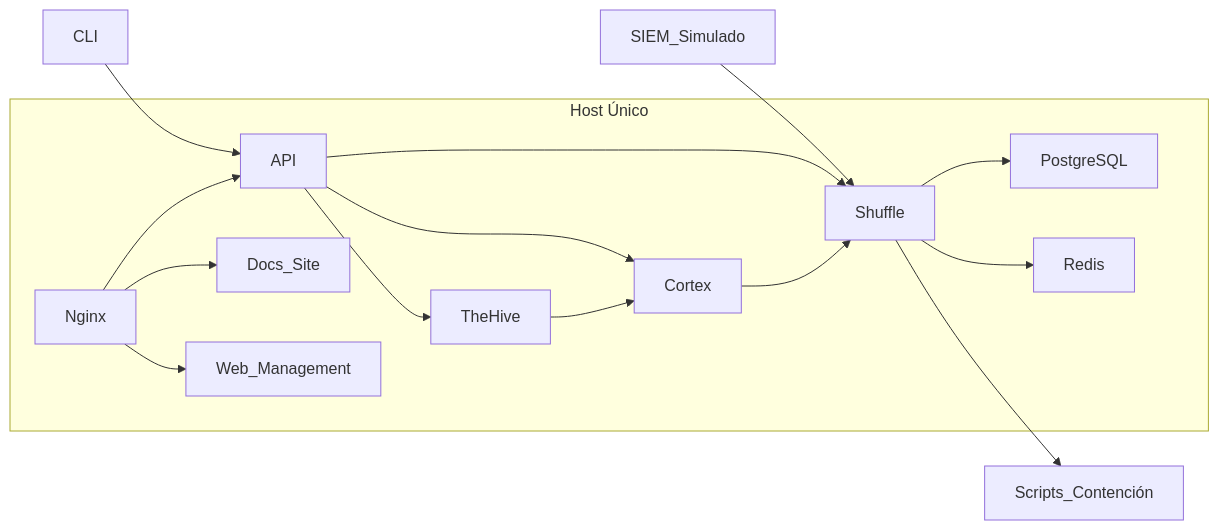
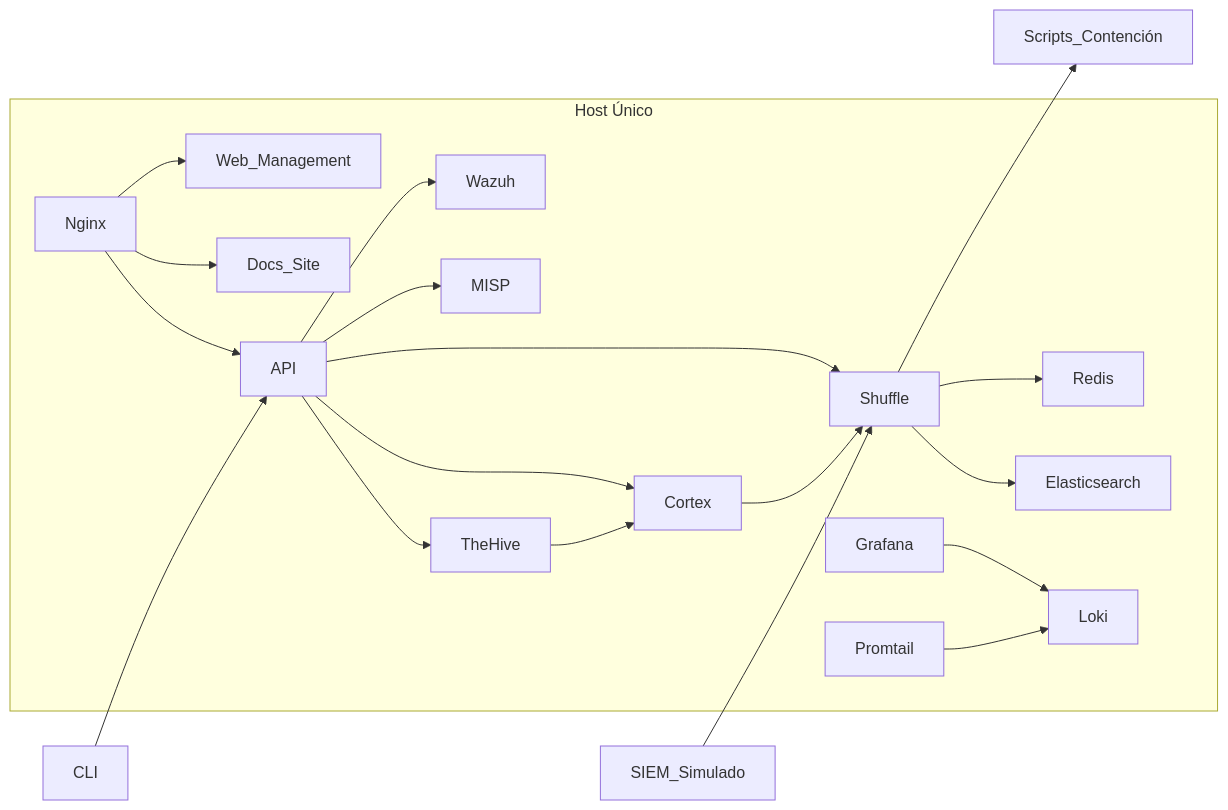
The second of 2 diagrams in docs/project/scope.md (alesanfe/soar-ransomware-lab), drawn with Mermaid before and after one commit. The commit also changed other lines of this file and 700 other files, not shown here.

````diff
--- a/docs/project/scope.md
+++ b/docs/project/scope.md
@@ -211,18 +219,22 @@
 ```mermaid
 graph LR
  subgraph Host Único
  TheHive --> Cortex
  Cortex --> Shuffle
- Shuffle --> PostgreSQL
+ Shuffle --> Elasticsearch
  Shuffle --> Redis
  API --> TheHive
  API --> Cortex
  API --> Shuffle
+ API --> MISP
+ API --> Wazuh
  Nginx --> API
  Nginx --> Docs_Site
  Nginx --> Web_Management
+ Grafana --> Loki
+ Promtail --> Loki
  end
  SIEM_Simulado --> Shuffle
  Shuffle --> Scripts_Contención
  CLI --> API
 ```
````
